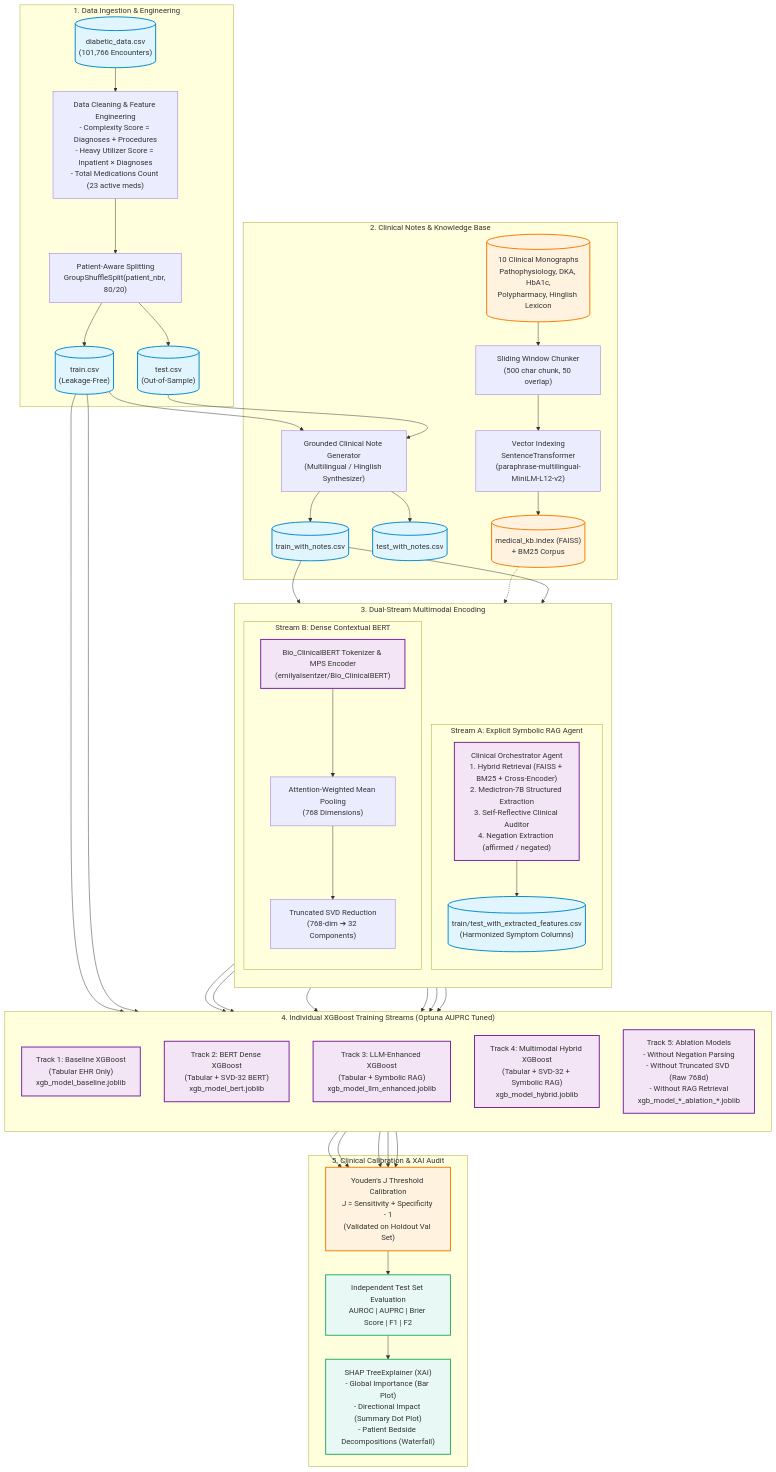
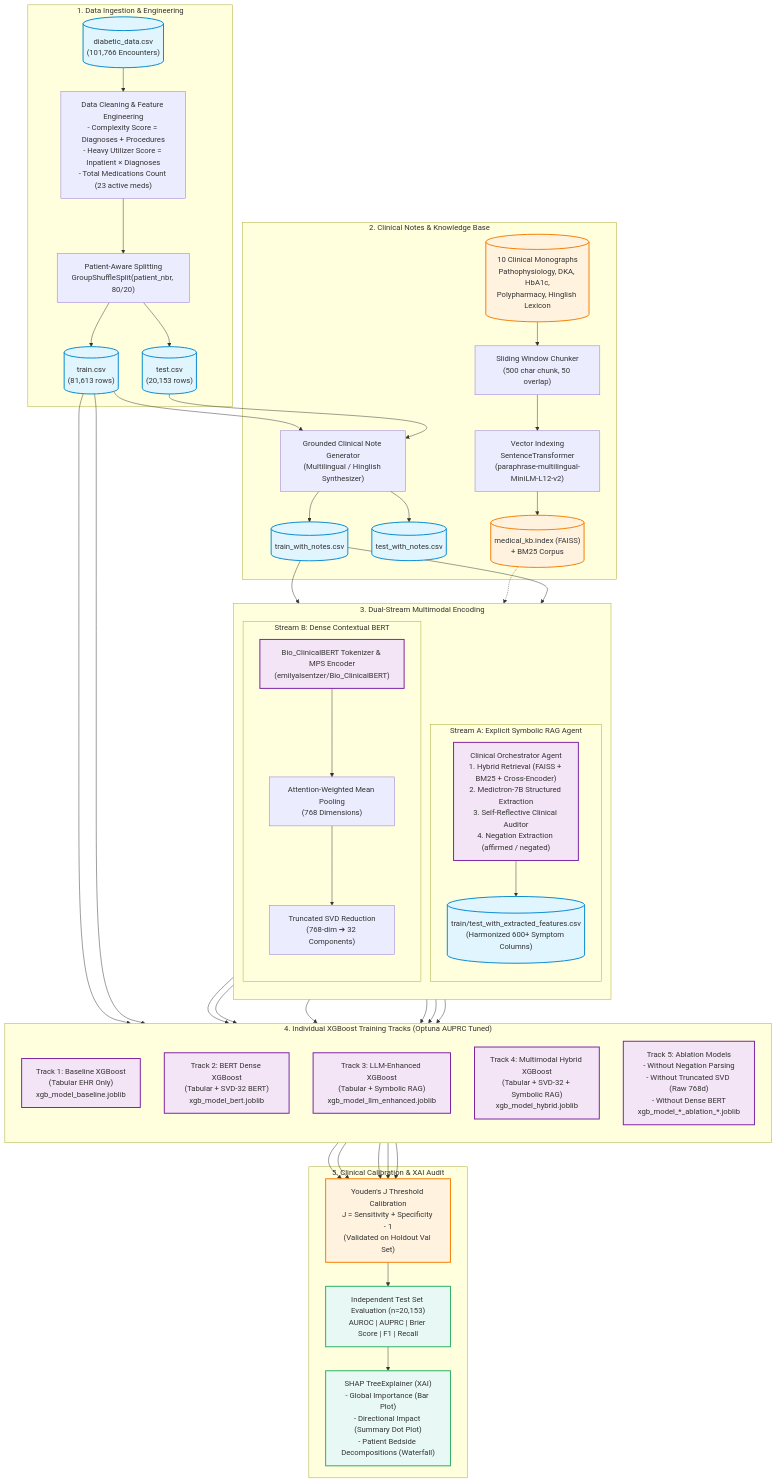
One commit to sumankumarpatro/Diabetes changed the diagram in README.md. Above: the diagram before and after it, drawn with Mermaid. The commit also changed other lines of this file and 21 other files, not shown here.

````diff
--- a/README.md
+++ b/README.md
@@ -81,59 +81,59 @@
 ```mermaid
 flowchart TD
     subgraph RawData["1. Data Ingestion & Engineering"]
         RAW[("diabetic_data.csv\n(101,766 Encounters)")] --> PREPROC["Data Cleaning & Feature Engineering\n- Complexity Score = Diagnoses + Procedures\n- Heavy Utilizer Score = Inpatient × Diagnoses\n- Total Medications Count (23 active meds)"]
         PREPROC --> SPLIT["Patient-Aware Splitting\nGroupShuffleSplit(patient_nbr, 80/20)"]
-        SPLIT --> TRAIN_RAW[("train.csv\n(Leakage-Free)")]
-        SPLIT --> TEST_RAW[("test.csv\n(Out-of-Sample)")]
+        SPLIT --> TRAIN_RAW[("train.csv\n(81,613 rows)")]
+        SPLIT --> TEST_RAW[("test.csv\n(20,153 rows)")]
     end
 
     subgraph NotesAndKB["2. Clinical Notes & Knowledge Base"]
         TRAIN_RAW & TEST_RAW --> NOTE_GEN["Grounded Clinical Note Generator\n(Multilingual / Hinglish Synthesizer)"]
         NOTE_GEN --> TRAIN_NOTES[("train_with_notes.csv")]
         NOTE_GEN --> TEST_NOTES[("test_with_notes.csv")]
         
         KB_FILES[("10 Clinical Monographs\nPathophysiology, DKA, HbA1c,\nPolypharmacy, Hinglish Lexicon")] --> CHUNK["Sliding Window Chunker\n(500 char chunk, 50 overlap)"]
         CHUNK --> FAISS_BUILD["Vector Indexing\nSentenceTransformer\n(paraphrase-multilingual-MiniLM-L12-v2)"]
         FAISS_BUILD --> FAISS_INDEX[("medical_kb.index (FAISS)\n+ BM25 Corpus")]
     end
 
     subgraph MultimodalStreams["3. Dual-Stream Multimodal Encoding"]
         direction TB
         subgraph StreamA["Stream A: Explicit Symbolic RAG Agent"]
             TRAIN_NOTES --> AGENT["Clinical Orchestrator Agent\n1. Hybrid Retrieval (FAISS + BM25 + Cross-Encoder)\n2. Medictron-7B Structured Extraction\n3. Self-Reflective Clinical Auditor\n4. Negation Extraction (affirmed / negated)"]
             FAISS_INDEX -.-> AGENT
-            AGENT --> EXTRACTED[("train/test_with_extracted_features.csv\n(Harmonized Symptom Columns)")]
+            AGENT --> EXTRACTED[("train/test_with_extracted_features.csv\n(Harmonized 600+ Symptom Columns)")]
         end
         
         subgraph StreamB["Stream B: Dense Contextual BERT"]
             TRAIN_NOTES --> BERT["Bio_ClinicalBERT Tokenizer & MPS Encoder\n(emilyalsentzer/Bio_ClinicalBERT)"]
             BERT --> POOL["Attention-Weighted Mean Pooling\n(768 Dimensions)"]
             POOL --> SVD["Truncated SVD Reduction\n(768-dim ➔ 32 Components)"]
         end
     end
 
-    subgraph PredictiveModeling["4. Individual XGBoost Training Streams (Optuna AUPRC Tuned)"]
+    subgraph PredictiveModeling["4. Individual XGBoost Training Tracks (Optuna AUPRC Tuned)"]
         direction TB
         TRAIN_RAW --> M_BASE["Track 1: Baseline XGBoost\n(Tabular EHR Only)\nxgb_model_baseline.joblib"]
         TRAIN_RAW & SVD --> M_BERT["Track 2: BERT Dense XGBoost\n(Tabular + SVD-32 BERT)\nxgb_model_bert.joblib"]
         EXTRACTED --> M_LLM["Track 3: LLM-Enhanced XGBoost\n(Tabular + Symbolic RAG)\nxgb_model_llm_enhanced.joblib"]
         EXTRACTED & SVD --> M_HYBRID["Track 4: Multimodal Hybrid XGBoost\n(Tabular + SVD-32 + Symbolic RAG)\nxgb_model_hybrid.joblib"]
-        EXTRACTED & SVD --> M_ABLATION["Track 5: Ablation Models\n- Without Negation Parsing\n- Without Truncated SVD (Raw 768d)\n- Without RAG Retrieval\nxgb_model_*_ablation_*.joblib"]
+        EXTRACTED & SVD --> M_ABLATION["Track 5: Ablation Models\n- Without Negation Parsing\n- Without Truncated SVD (Raw 768d)\n- Without Dense BERT\nxgb_model_*_ablation_*.joblib"]
     end
 
     subgraph EvaluationXAI["5. Clinical Calibration & XAI Audit"]
         M_BASE & M_BERT & M_LLM & M_HYBRID & M_ABLATION --> YOUDEN["Youden's J Threshold Calibration\nJ = Sensitivity + Specificity - 1\n(Validated on Holdout Val Set)"]
-        YOUDEN --> TEST_EVAL["Independent Test Set Evaluation\nAUROC | AUPRC | Brier Score | F1 | F2"]
+        YOUDEN --> TEST_EVAL["Independent Test Set Evaluation (n=20,153)\nAUROC | AUPRC | Brier Score | F1 | Recall"]
         TEST_EVAL --> SHAP_ENGINE["SHAP TreeExplainer (XAI)\n- Global Importance (Bar Plot)\n- Directional Impact (Summary Dot Plot)\n- Patient Bedside Decompositions (Waterfall)"]
     end
 
     classDef primary fill:#e1f5fe,stroke:#0288d1,stroke-width:2px;
     classDef secondary fill:#f3e5f5,stroke:#7b1fa2,stroke-width:2px;
     classDef highlight fill:#fff3e0,stroke:#f57c00,stroke-width:2px;
     classDef success fill:#e8f8f5,stroke:#27ae60,stroke-width:2px;
     
     class RAW,TRAIN_RAW,TEST_RAW,TRAIN_NOTES,TEST_NOTES,EXTRACTED primary;
     class AGENT,BERT,M_BASE,M_BERT,M_LLM,M_HYBRID,M_ABLATION secondary;
     class FAISS_INDEX,KB_FILES,YOUDEN highlight;
     class TEST_EVAL,SHAP_ENGINE success;
 ```
````
